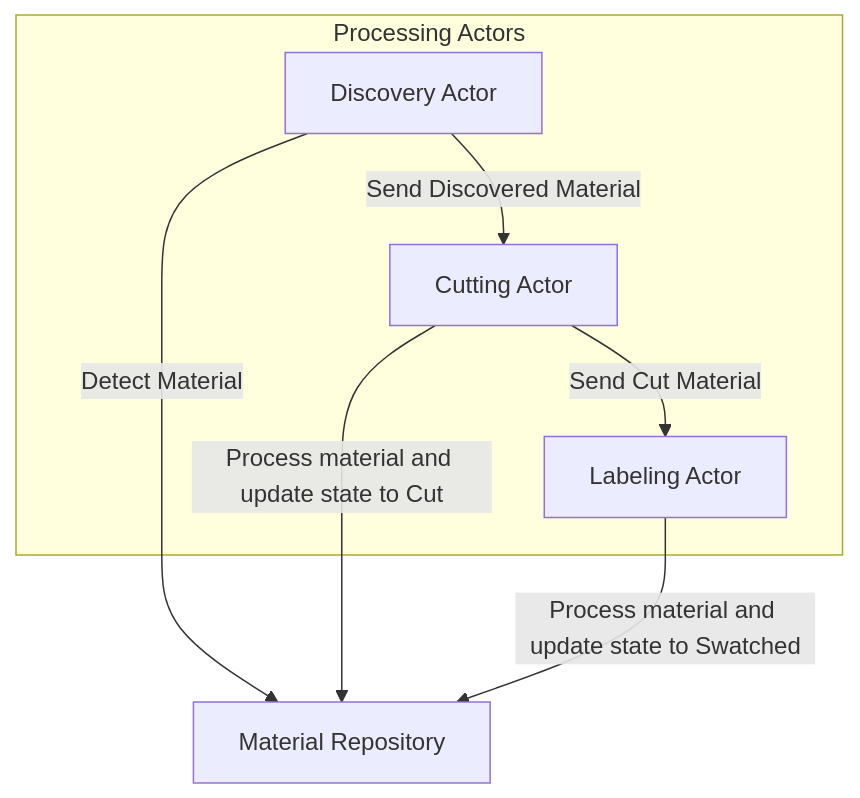
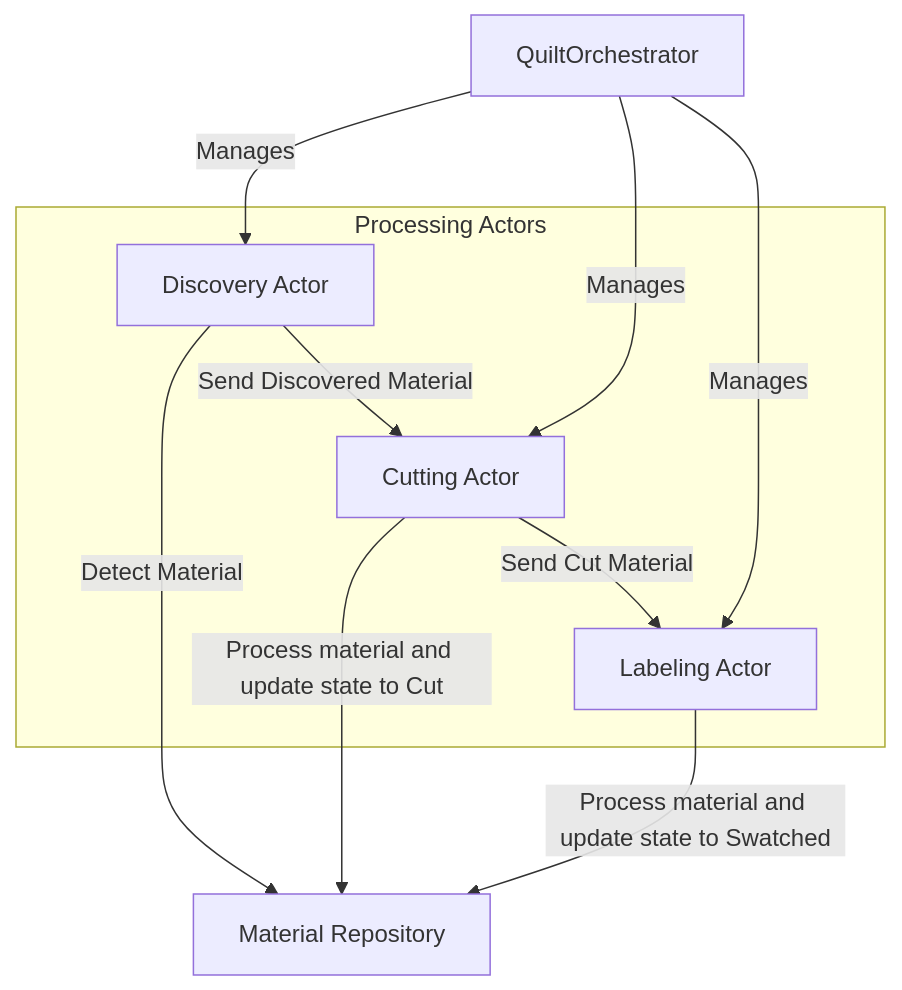
Before and after one commit to pandallel/quilt: the first of 3 diagrams in memory-bank/systemPatterns.md, drawn with Mermaid. The commit also changed other lines of this file and 2 other files, not shown here.

````diff
--- a/memory-bank/systemPatterns.md
+++ b/memory-bank/systemPatterns.md
@@ -7,16 +7,22 @@
 ```mermaid
 graph TB
+    QO[QuiltOrchestrator]
+
     subgraph "Processing Actors"
         DA[Discovery Actor]
         CA[Cutting Actor]
         LA[Labeling Actor]
     end
 
     Repo[Material Repository]
 
+    QO -->|Manages| DA
+    QO -->|Manages| CA
+    QO -->|Manages| LA
+
     DA -->|Detect Material| Repo
     DA -->|Send Discovered Material| CA
     CA -->|Process material and update state to Cut| Repo
     CA -->|Send Cut Material| LA
     LA -->|Process material and update state to Swatched| Repo
 ```
````
